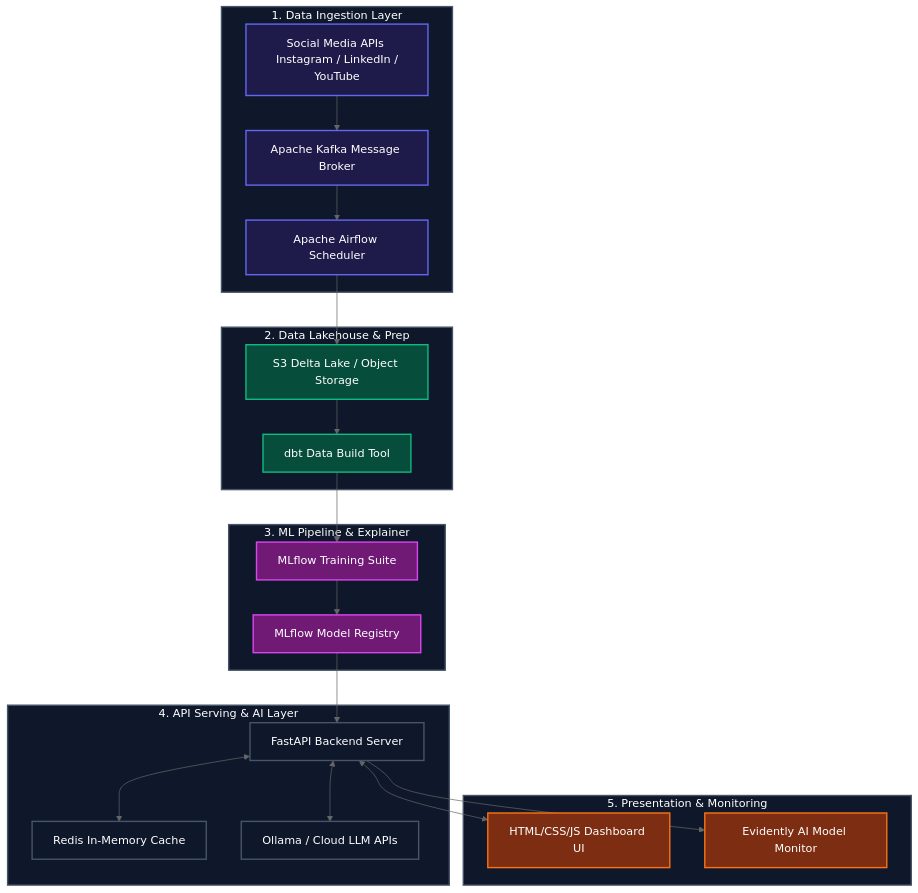
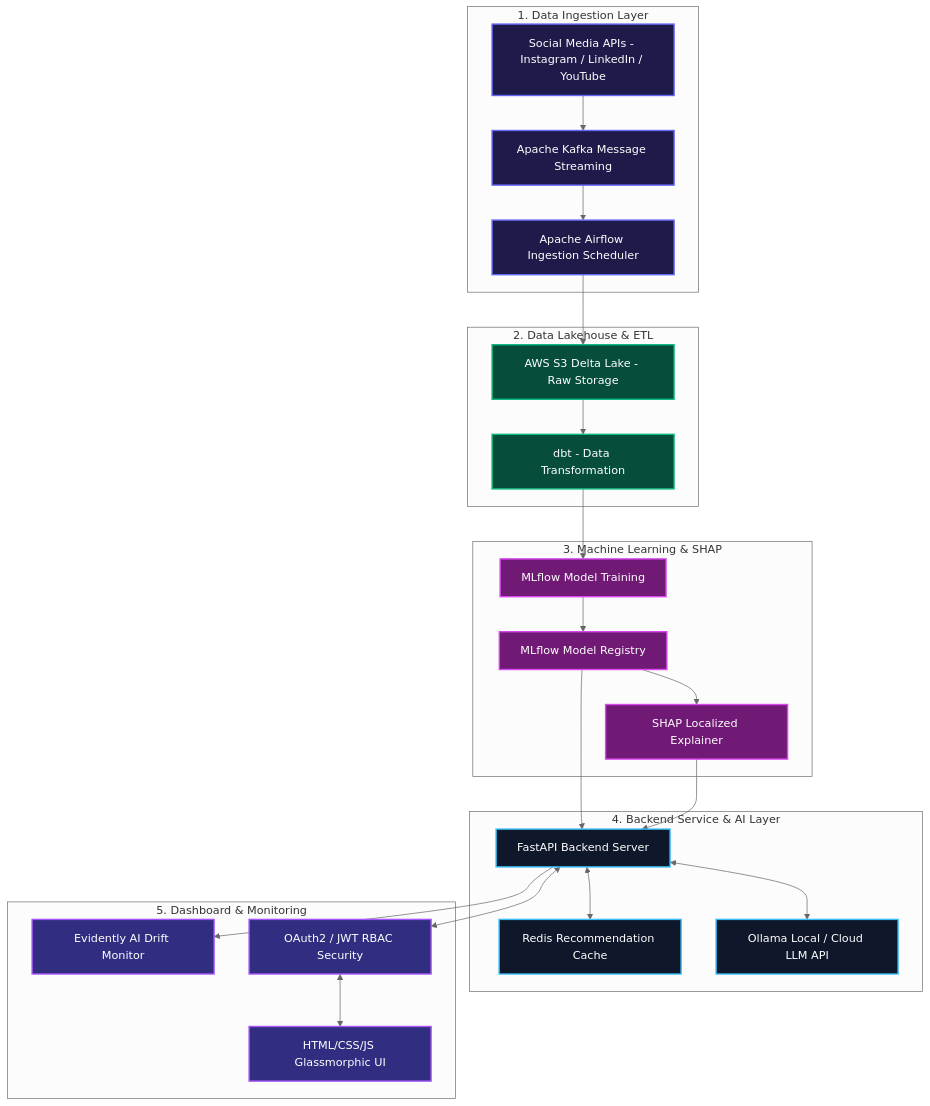
The diagram in reports/architecture.mermaid (Aayush-Mishra-11/Talknlock-assignment), drawn with Mermaid (neutral theme) before and after one commit. The commit also changed 2 other files, not shown here.

```diff
--- a/reports/architecture.mermaid
+++ b/reports/architecture.mermaid
@@ -1,52 +1,55 @@
 graph TD
-    %% Styling
+    %% Custom Styling
     classDef ingestion fill:#1e1b4b,stroke:#6366f1,stroke-width:2px,color:#fff;
     classDef lakehouse fill:#064e3b,stroke:#10b981,stroke-width:2px,color:#fff;
     classDef ml fill:#701a75,stroke:#d946ef,stroke-width:2px,color:#fff;
-    classDef service fill:#0f172a,stroke:#475569,stroke-width:2px,color:#fff;
-    classDef user fill:#7c2d12,stroke:#f97316,stroke-width:2px,color:#fff;
+    classDef service fill:#0f172a,stroke:#38bdf8,stroke-width:2px,color:#fff;
+    classDef user fill:#312e81,stroke:#a855f7,stroke-width:2px,color:#fff;
 
-    %% Data Ingestion Layer
-    subgraph Ingestion ["1. Data Ingestion Layer"]
-        API[Social Media APIs <br> Instagram / LinkedIn / YouTube]:::ingestion
-        Kafka[Apache Kafka Message Broker]:::ingestion
-        Airflow[Apache Airflow Scheduler]:::ingestion
-        API --> Kafka
+    %% 1. Ingestion Layer
+    subgraph Layer1["1. Data Ingestion Layer"]
+        APIs["Social Media APIs - Instagram / LinkedIn / YouTube"]:::ingestion
+        Kafka["Apache Kafka Message Streaming"]:::ingestion
+        Airflow["Apache Airflow Ingestion Scheduler"]:::ingestion
+        APIs --> Kafka
         Kafka --> Airflow
     end
 
-    %% Data Lakehouse Layer
-    subgraph Storage ["2. Data Lakehouse & Prep"]
-        S3[S3 Delta Lake / Object Storage]:::lakehouse
-        DBT[dbt Data Build Tool]:::lakehouse
+    %% 2. Storage & Lakehouse Layer
+    subgraph Layer2["2. Data Lakehouse & ETL"]
+        S3["AWS S3 Delta Lake - Raw Storage"]:::lakehouse
+        DBT["dbt - Data Transformation"]:::lakehouse
         Airflow --> S3
         S3 --> DBT
     end
 
-    %% Machine Learning Layer
-    subgraph ML ["3. ML Pipeline & Explainer"]
-        MLflow[MLflow Training Suite]:::ml
-        Registry[MLflow Model Registry]:::ml
+    %% 3. Machine Learning Layer
+    subgraph Layer3["3. Machine Learning & SHAP"]
+        MLflow["MLflow Model Training"]:::ml
+        Registry["MLflow Model Registry"]:::ml
+        SHAP["SHAP Localized Explainer"]:::ml
         DBT --> MLflow
         MLflow --> Registry
+        Registry --> SHAP
     end
 
-    %% Service Layer (FastAPI backend)
-    subgraph Serving ["4. API Serving & AI Layer"]
-        FastAPI[FastAPI Backend Server]:::service
-        Redis[Redis In-Memory Cache]:::service
-        Ollama[Ollama / Cloud LLM APIs]:::service
+    %% 4. API & AI Layer
+    subgraph Layer4["4. Backend Service & AI Layer"]
+        FastAPI["FastAPI Backend Server"]:::service
+        Redis["Redis Recommendation Cache"]:::service
+        Ollama["Ollama Local / Cloud LLM API"]:::service
         Registry --> FastAPI
+        SHAP --> FastAPI
         FastAPI <--> Redis
         FastAPI <--> Ollama
     end
 
-    %% User & Monitoring Layer
-    subgraph Presentation ["5. Presentation & Monitoring"]
-        Dashboard[HTML/CSS/JS Dashboard UI]:::user
-        Evidently[Evidently AI Model Monitor]:::user
-        FastAPI <--> Dashboard
+    %% 5. Frontend & Monitoring Layer
+    subgraph Layer5["5. Dashboard & Monitoring"]
+        Dashboard["HTML/CSS/JS Glassmorphic UI"]:::user
+        Evidently["Evidently AI Drift Monitor"]:::user
+        Auth["OAuth2 / JWT RBAC Security"]:::user
+        FastAPI <--> Auth
+        Auth <--> Dashboard
         FastAPI --> Evidently
     end
-
-    class Ingestion,Storage,ML,Serving,Presentation service;
```
